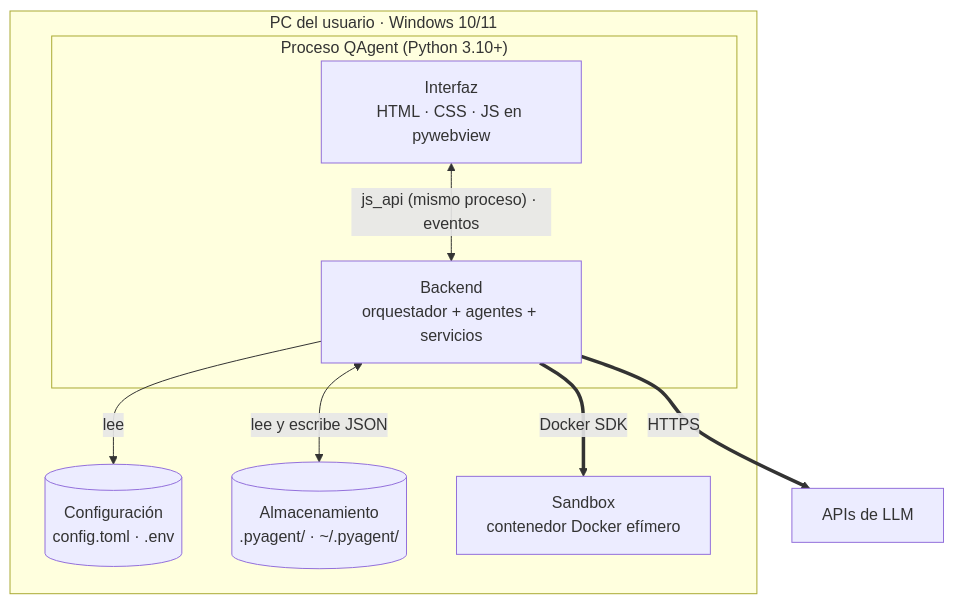
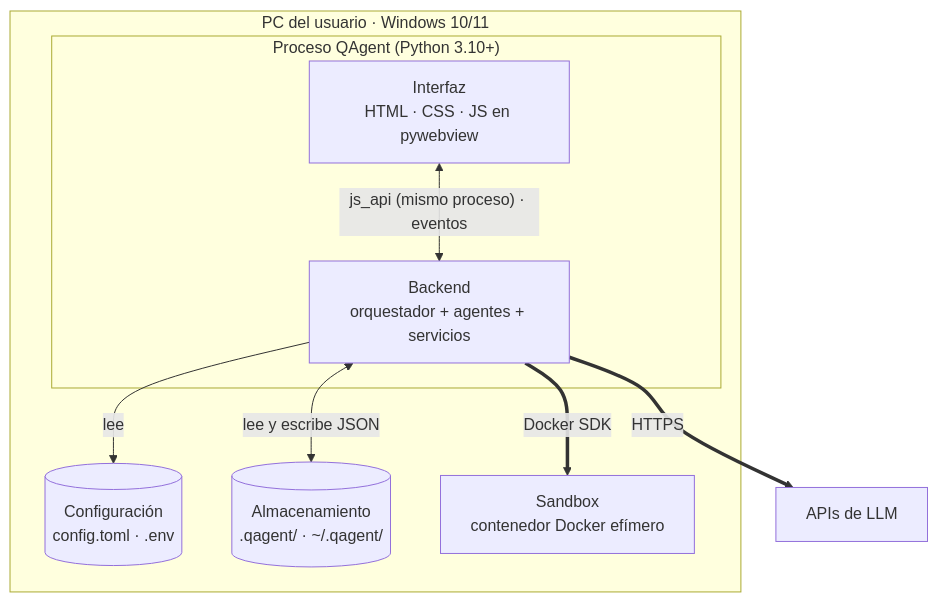
One commit to AngelOncoy/QAgent changed the second of 11 diagrams in docs/arquitectura.md. Above: the diagram before and after it, drawn with Mermaid. The commit also changed other lines of this file and 6 other files, not shown here.

````diff
--- a/docs/arquitectura.md
+++ b/docs/arquitectura.md
@@ -92,19 +92,19 @@
 ```mermaid
 flowchart TB
     subgraph PC["PC del usuario · Windows 10/11"]
         subgraph PROC["Proceso QAgent (Python 3.10+)"]
             UI["Interfaz<br/>HTML · CSS · JS en pywebview"]
             BE["Backend<br/>orquestador + agentes + servicios"]
         end
         CFG[("Configuración<br/>config.toml · .env")]
-        STO[("Almacenamiento<br/>.pyagent/ · ~/.pyagent/")]
+        STO[("Almacenamiento<br/>.qagent/ · ~/.qagent/")]
         SB["Sandbox<br/>contenedor Docker efímero"]
     end
     API["APIs de LLM"]
 
     UI <-->|"js_api (mismo proceso) · eventos"| BE
     BE -->|lee| CFG
     BE <-->|"lee y escribe JSON"| STO
     BE ==>|"Docker SDK"| SB
     BE ==>|HTTPS| API
 ```
````
